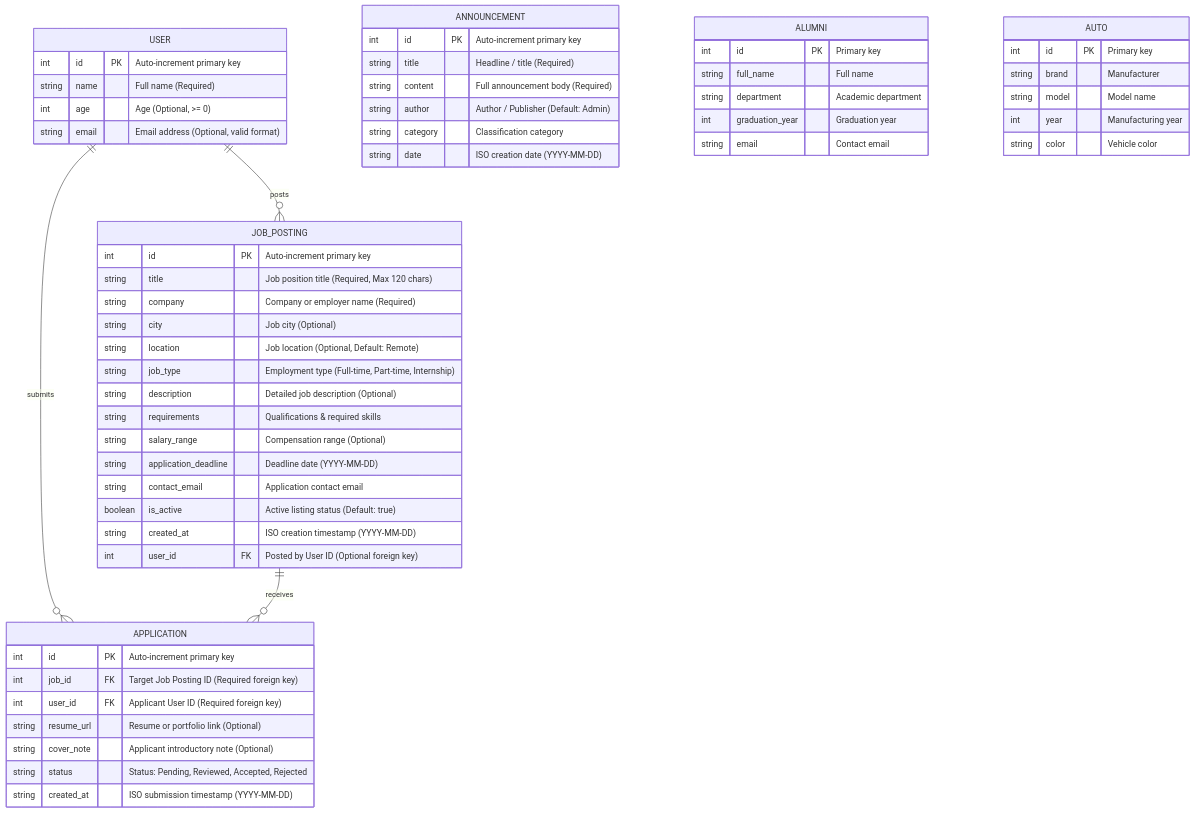
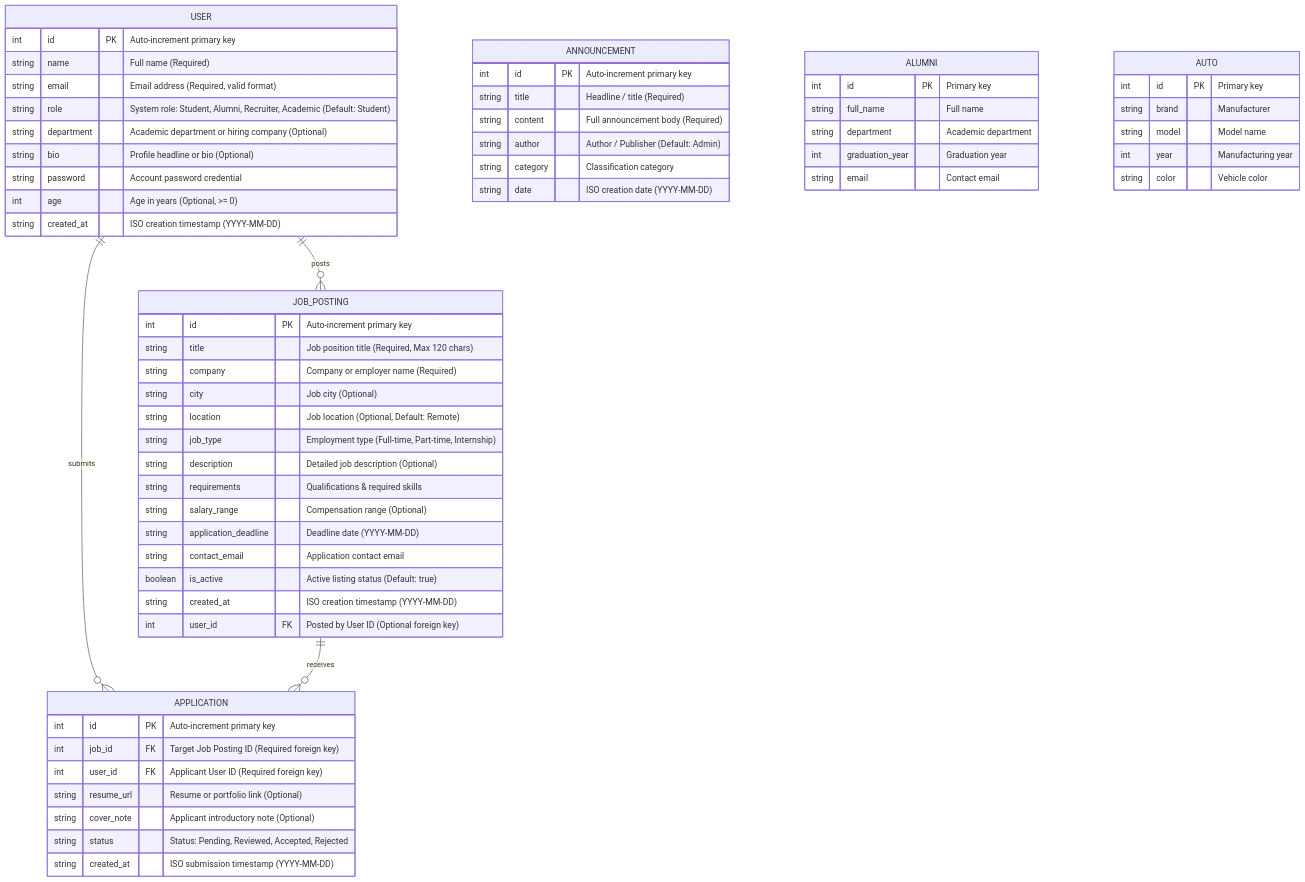
Before and after one commit to zsudedogan/Alumni: the diagram in ddd.md, drawn with Mermaid. The commit also changed other lines of this file and 9 other files, not shown here.

````diff
--- a/ddd.md
+++ b/ddd.md
@@ -67,65 +67,70 @@
 ```mermaid
 erDiagram
     USER {
         int id PK "Auto-increment primary key"
         string name "Full name (Required)"
-        int age "Age (Optional, >= 0)"
-        string email "Email address (Optional, valid format)"
+        string email "Email address (Required, valid format)"
+        string role "System role: Student, Alumni, Recruiter, Academic (Default: Student)"
+        string department "Academic department or hiring company (Optional)"
+        string bio "Profile headline or bio (Optional)"
+        string password "Account password credential"
+        int age "Age in years (Optional, >= 0)"
+        string created_at "ISO creation timestamp (YYYY-MM-DD)"
     }
 
     ANNOUNCEMENT {
         int id PK "Auto-increment primary key"
         string title "Headline / title (Required)"
         string content "Full announcement body (Required)"
         string author "Author / Publisher (Default: Admin)"
         string category "Classification category"
         string date "ISO creation date (YYYY-MM-DD)"
     }
 
     JOB_POSTING {
         int id PK "Auto-increment primary key"
         string title "Job position title (Required, Max 120 chars)"
         string company "Company or employer name (Required)"
         string city "Job city (Optional)"
         string location "Job location (Optional, Default: Remote)"
         string job_type "Employment type (Full-time, Part-time, Internship)"
         string description "Detailed job description (Optional)"
         string requirements "Qualifications & required skills"
         string salary_range "Compensation range (Optional)"
         string application_deadline "Deadline date (YYYY-MM-DD)"
         string contact_email "Application contact email"
         boolean is_active "Active listing status (Default: true)"
         string created_at "ISO creation timestamp (YYYY-MM-DD)"
         int user_id FK "Posted by User ID (Optional foreign key)"
     }
 
     APPLICATION {
         int id PK "Auto-increment primary key"
         int job_id FK "Target Job Posting ID (Required foreign key)"
         int user_id FK "Applicant User ID (Required foreign key)"
         string resume_url "Resume or portfolio link (Optional)"
         string cover_note "Applicant introductory note (Optional)"
         string status "Status: Pending, Reviewed, Accepted, Rejected"
         string created_at "ISO submission timestamp (YYYY-MM-DD)"
     }
 
     USER ||--o{ JOB_POSTING : "posts"
     USER ||--o{ APPLICATION : "submits"
     JOB_POSTING ||--o{ APPLICATION : "receives"
 
     ALUMNI {
         int id PK "Primary key"
         string full_name "Full name"
         string department "Academic department"
         int graduation_year "Graduation year"
         string email "Contact email"
     }
 
     AUTO {
         int id PK "Primary key"
         string brand "Manufacturer"
         string model "Model name"
         int year "Manufacturing year"
         string color "Vehicle color"
     }
 ```
````
